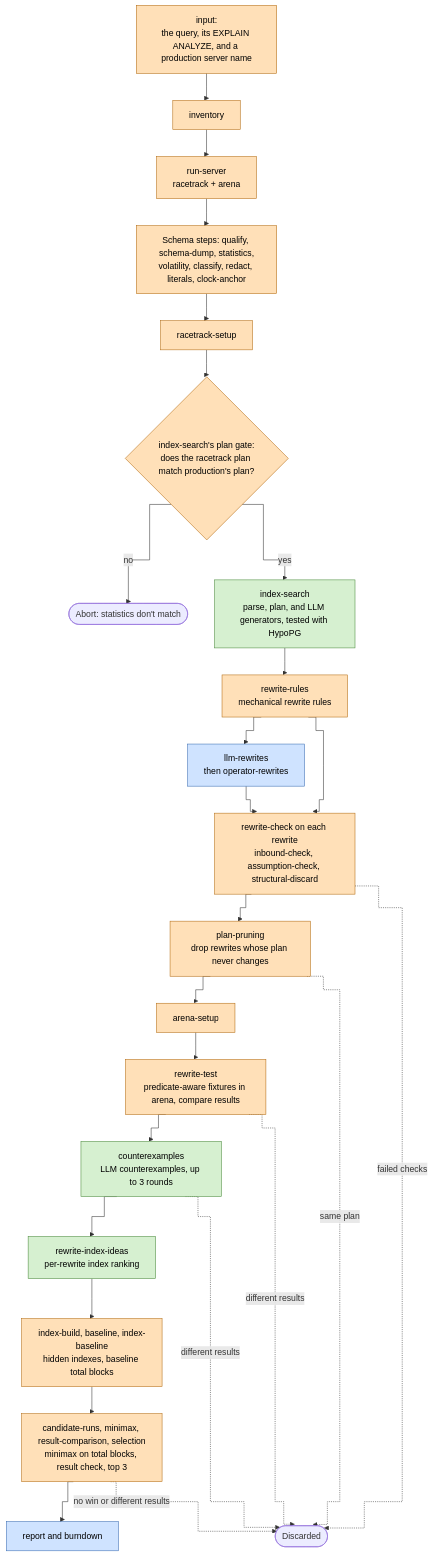
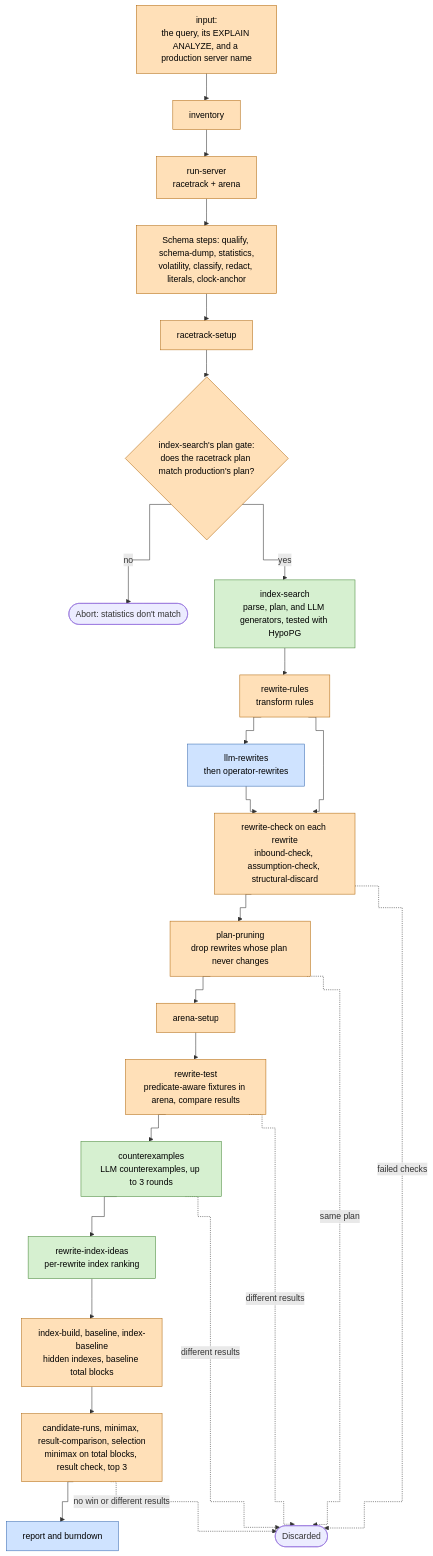
Before and after one commit to benchub/quaack: the second of 2 diagrams in DESIGN.md, drawn with Mermaid. The commit also changed 2 other files, not shown here.

Commit message:
Transform docs: pin page wording and the DESIGN.md anchor; tint hue floor; link spec covers --sb tints (20261009-65)

````diff
--- a/DESIGN.md
+++ b/DESIGN.md
@@ -62,35 +62,35 @@
 ```mermaid
 %%{init: {"flowchart": {"curve": "step"}}}%%
 flowchart TD
     input["input:<br/>the query, its EXPLAIN ANALYZE, and a production server name"] --> inventory["inventory"]
     inventory --> runserver["run-server<br/>racetrack + arena"]
     runserver --> schema["Schema steps: qualify, schema-dump, statistics,<br/>volatility, classify, redact, literals, clock-anchor"]
     schema --> racetrack["racetrack-setup"]
     racetrack --> gate{"index-search's plan gate:<br/>does the racetrack plan match production's plan?"}
     gate -- no --> abort(["Abort: statistics don't match"])
     gate -- yes --> search["index-search<br/>parse, plan, and LLM generators, tested with HypoPG"]
-    search --> rules["rewrite-rules<br/>mechanical rewrite rules"]
+    search --> rules["rewrite-rules<br/>transform rules"]
     rules --> llm["llm-rewrites<br/>then operator-rewrites"]
     rules --> check["rewrite-check on each rewrite<br/>inbound-check, assumption-check, structural-discard"]
     llm --> check
     check --> prune["plan-pruning<br/>drop rewrites whose plan never changes"]
     prune --> arena["arena-setup"]
     arena --> test["rewrite-test<br/>predicate-aware fixtures in arena, compare results"]
     test --> cx["counterexamples<br/>LLM counterexamples, up to 3 rounds"]
     cx --> ideas["rewrite-index-ideas<br/>per-rewrite index ranking"]
     ideas --> build["index-build, baseline, index-baseline<br/>hidden indexes, baseline total blocks"]
     build --> runs["candidate-runs, minimax, result-comparison, selection<br/>minimax on total blocks, result check, top 3"]
     runs --> report["report and burndown"]
     check -. failed checks .-> out(["Discarded"])
     prune -. same plan .-> out
     test -. different results .-> out
     cx -. different results .-> out
     runs -. no win or different results .-> out
 
     classDef enclave fill:#ffe0b8,stroke:#b36b12,color:#000
     classDef driver fill:#cfe3ff,stroke:#3b6db3,color:#000
     classDef both fill:#d6f0d0,stroke:#4a8a3c,color:#000
     class input,inventory,runserver,schema,racetrack,gate,rules,check,prune,arena,test,build,runs enclave
     class llm,report driver
     class search,cx,ideas both
 ```
````
